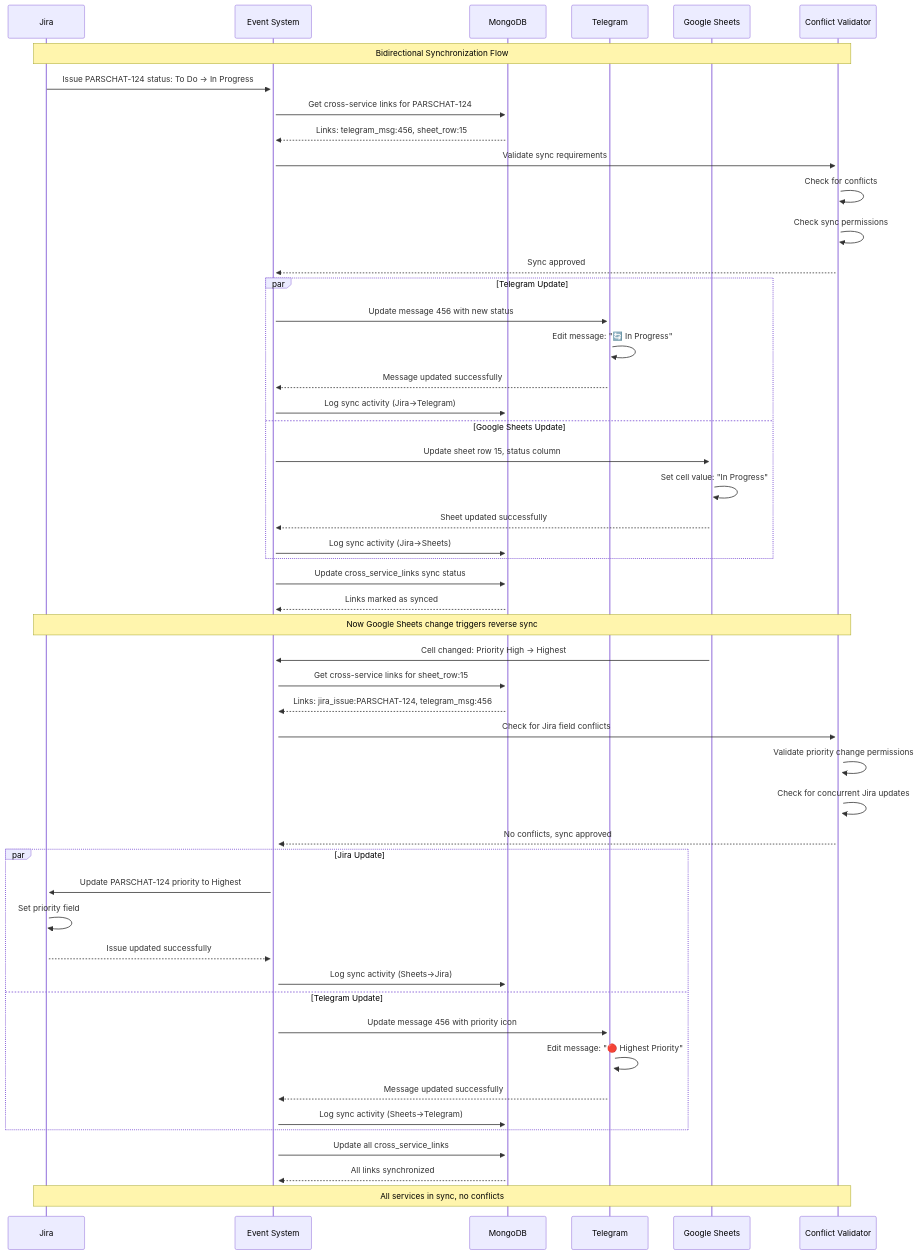
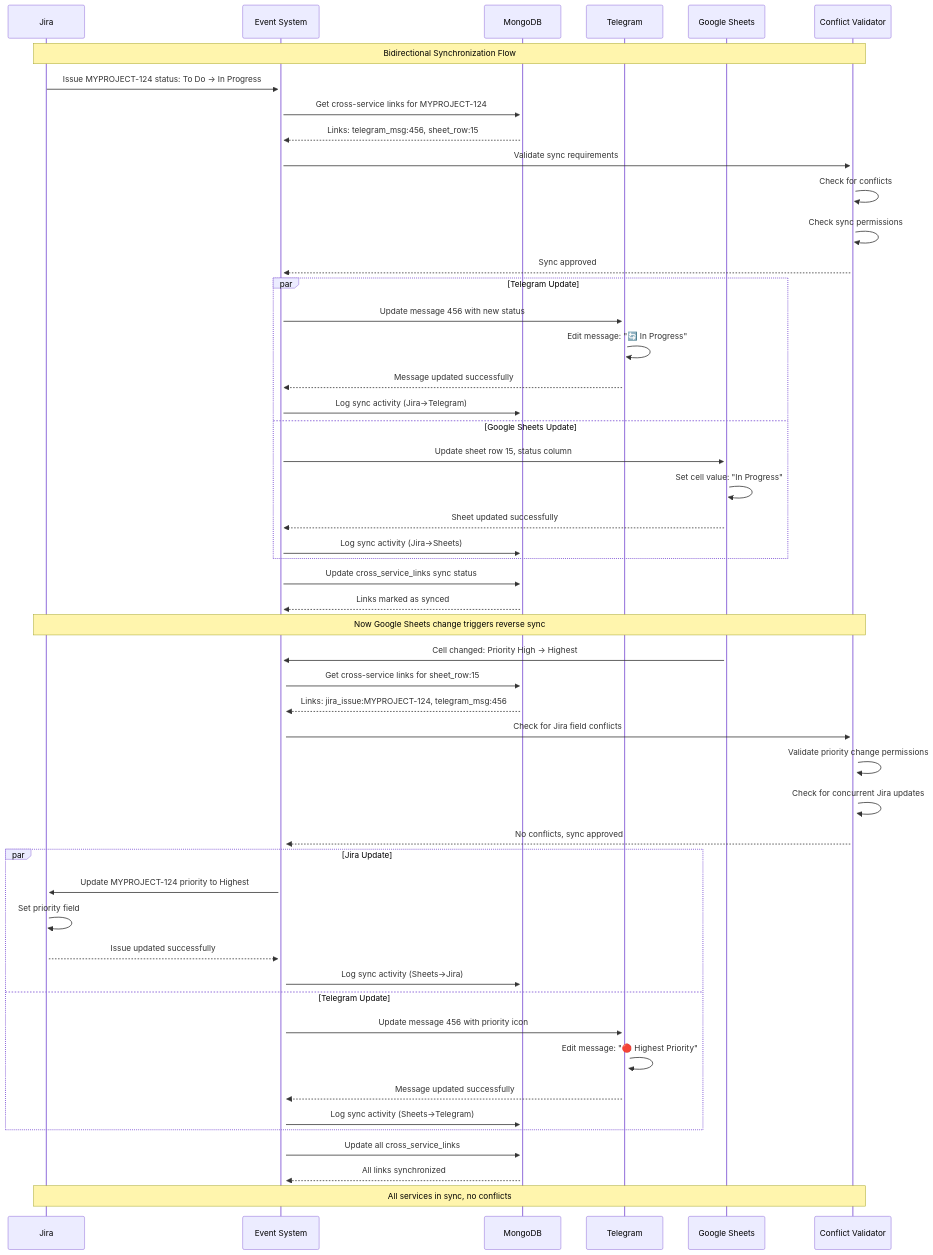
The fifth of 9 diagrams in docs/infrastructure/cross-service-integration-patterns.md (alikaz3mi/jira-telegram-bot), drawn with Mermaid before and after one commit. The commit also changed other lines of this file and 80 other files, not shown here.

````diff
--- a/docs/infrastructure/cross-service-integration-patterns.md
+++ b/docs/infrastructure/cross-service-integration-patterns.md
@@ -323,71 +323,71 @@
 ```mermaid
 sequenceDiagram
     participant J as Jira
     participant ES as Event System
     participant DB as MongoDB
     participant T as Telegram
     participant G as Google Sheets
     participant CV as Conflict Validator
 
     Note over J,CV: Bidirectional Synchronization Flow
 
     %% Initial change in Jira
-    J->>+ES: Issue PARSCHAT-124 status: To Do → In Progress
-    ES->>+DB: Get cross-service links for PARSCHAT-124
+    J->>+ES: Issue MYPROJECT-124 status: To Do → In Progress
+    ES->>+DB: Get cross-service links for MYPROJECT-124
     DB-->>ES: Links: telegram_msg:456, sheet_row:15
 
     %% Validate sync requirements
     ES->>+CV: Validate sync requirements
     CV->>CV: Check for conflicts
     CV->>CV: Check sync permissions
     CV-->>ES: Sync approved
 
     %% Parallel updates
     par Telegram Update
         ES->>+T: Update message 456 with new status
         T->>T: Edit message: "🔄 In Progress"
         T-->>ES: Message updated successfully
         ES->>+DB: Log sync activity (Jira→Telegram)
     and Google Sheets Update
         ES->>+G: Update sheet row 15, status column
         G->>G: Set cell value: "In Progress"
         G-->>ES: Sheet updated successfully
         ES->>+DB: Log sync activity (Jira→Sheets)
     end
 
     %% Cross-validation
     ES->>+DB: Update cross_service_links sync status
     DB-->>ES: Links marked as synced
 
     Note over J,CV: Now Google Sheets change triggers reverse sync
 
     %% User changes priority in Google Sheets
     G->>+ES: Cell changed: Priority High → Highest
     ES->>+DB: Get cross-service links for sheet_row:15
-    DB-->>ES: Links: jira_issue:PARSCHAT-124, telegram_msg:456
+    DB-->>ES: Links: jira_issue:MYPROJECT-124, telegram_msg:456
 
     %% Conflict detection
     ES->>+CV: Check for Jira field conflicts
     CV->>CV: Validate priority change permissions
     CV->>CV: Check for concurrent Jira updates
     CV-->>ES: No conflicts, sync approved
 
     %% Reverse sync
     par Jira Update
-        ES->>+J: Update PARSCHAT-124 priority to Highest
+        ES->>+J: Update MYPROJECT-124 priority to Highest
         J->>J: Set priority field
         J-->>ES: Issue updated successfully
         ES->>+DB: Log sync activity (Sheets→Jira)
     and Telegram Update
         ES->>+T: Update message 456 with priority icon
         T->>T: Edit message: "🔴 Highest Priority"
         T-->>ES: Message updated successfully
         ES->>+DB: Log sync activity (Sheets→Telegram)
     end
 
     %% Final state reconciliation
     ES->>+DB: Update all cross_service_links
     DB-->>ES: All links synchronized
 
     Note over J,CV: All services in sync, no conflicts
 ```
````
